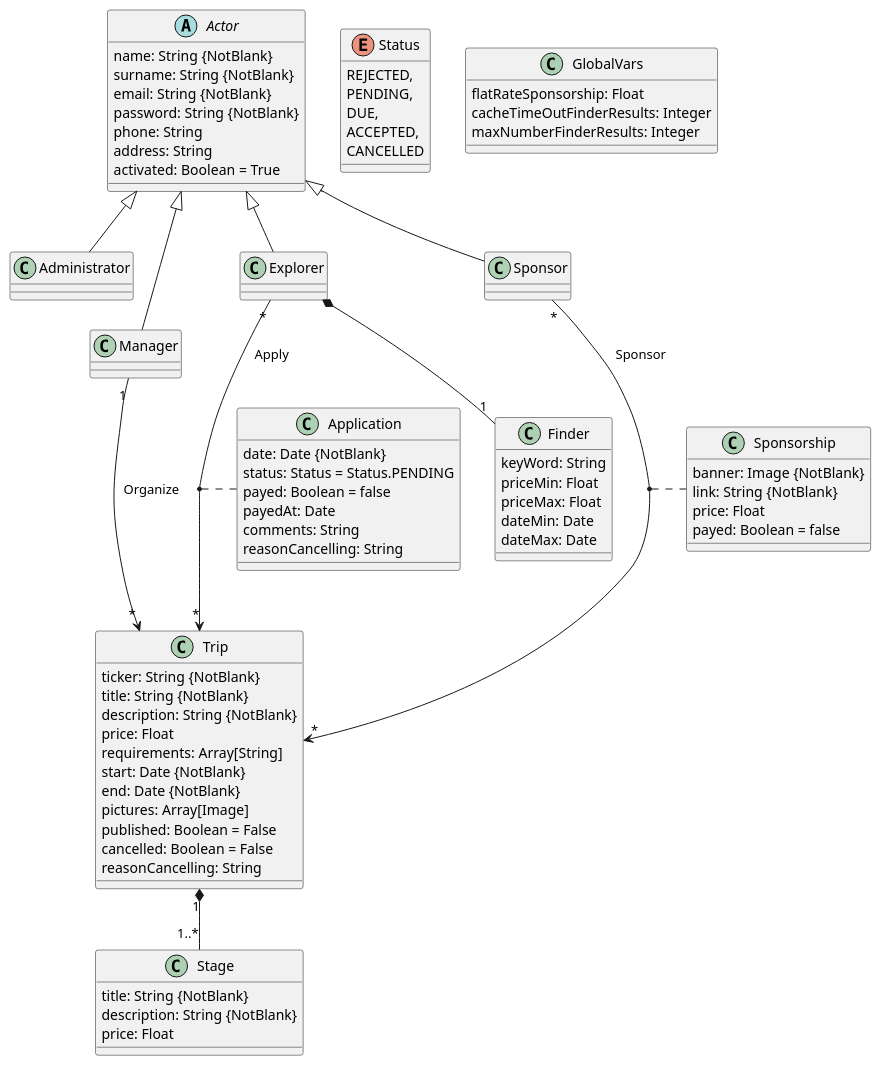
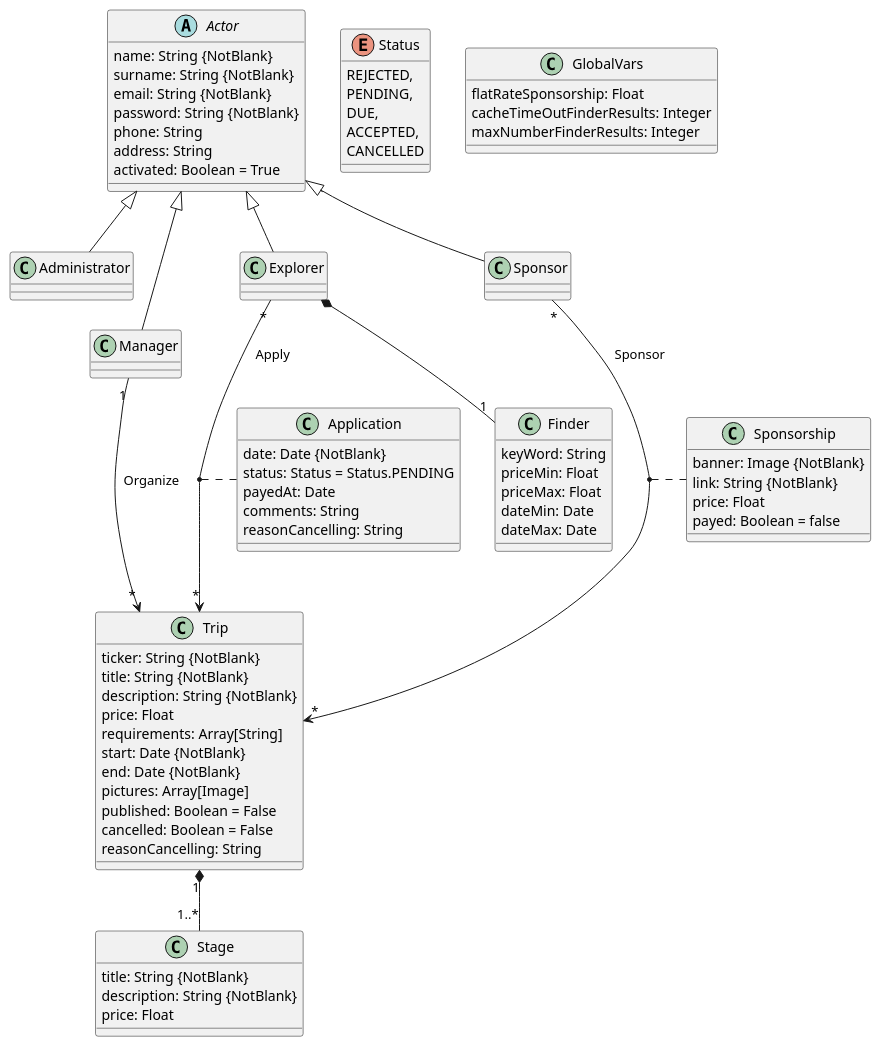
One commit to Xiirf/S2_Acme_Explorer changed the diagram in doc/class_diagram.plantuml. Above: the diagram before and after it, drawn with PlantUML.

```diff
--- a/doc/class_diagram.plantuml
+++ b/doc/class_diagram.plantuml
@@ -1,89 +1,88 @@
 @startuml
 Enum Status {
   REJECTED,
   PENDING,
   DUE,
   ACCEPTED,
   CANCELLED
 }
 
 Abstract Actor {
   name: String {NotBlank}
   surname: String {NotBlank}
   email: String {NotBlank}
   password: String {NotBlank}
   phone: String
   address: String
   activated: Boolean = True
 }
 
 Class Administrator
 
 Class Manager
 
 Class Explorer
 
 Class Sponsor
 
 Class Trip {
   ticker: String {NotBlank}
   title: String {NotBlank}
   description: String {NotBlank}
   price: Float
   requirements: Array[String]
   start: Date {NotBlank}
   end: Date {NotBlank}
   pictures: Array[Image]
   published: Boolean = False
   cancelled: Boolean = False
   reasonCancelling: String
 }
 
 Class Stage {
   title: String {NotBlank}
   description: String {NotBlank}
   price: Float
 }
 
 Class Application {
   date: Date {NotBlank}
   status: Status = Status.PENDING
-  payed: Boolean = false
   payedAt: Date
   comments: String
   reasonCancelling: String
 }
 
 class Finder {
   keyWord: String
   priceMin: Float
   priceMax: Float
   dateMin: Date
   dateMax: Date
 }
 
 Class Sponsorship {
   banner: Image {NotBlank}
   link: String {NotBlank}
   price: Float
   payed: Boolean = false
 }
 
 Class GlobalVars {
   flatRateSponsorship: Float
   cacheTimeOutFinderResults: Integer
   maxNumberFinderResults: Integer
 }
 
 Actor <|-- Administrator
 Actor <|-- Manager
 Actor <|-- Explorer
 Actor <|-- Sponsor
 Trip "1" *-- "1..*" Stage
 Manager "1" --> "*" Trip: Organize
 Explorer "*" --> "*" Trip: Apply
 (Explorer, Trip).. Application
 Explorer *-- "1" Finder
 Sponsor "*" --> "*" Trip: Sponsor
 (Sponsor , Trip) .. Sponsorship
 @enduml
```
